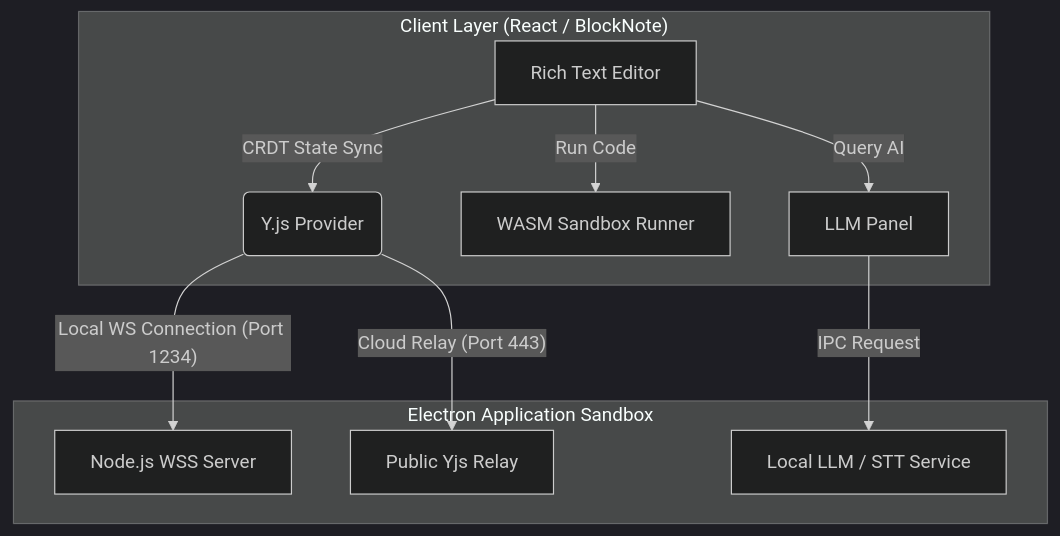
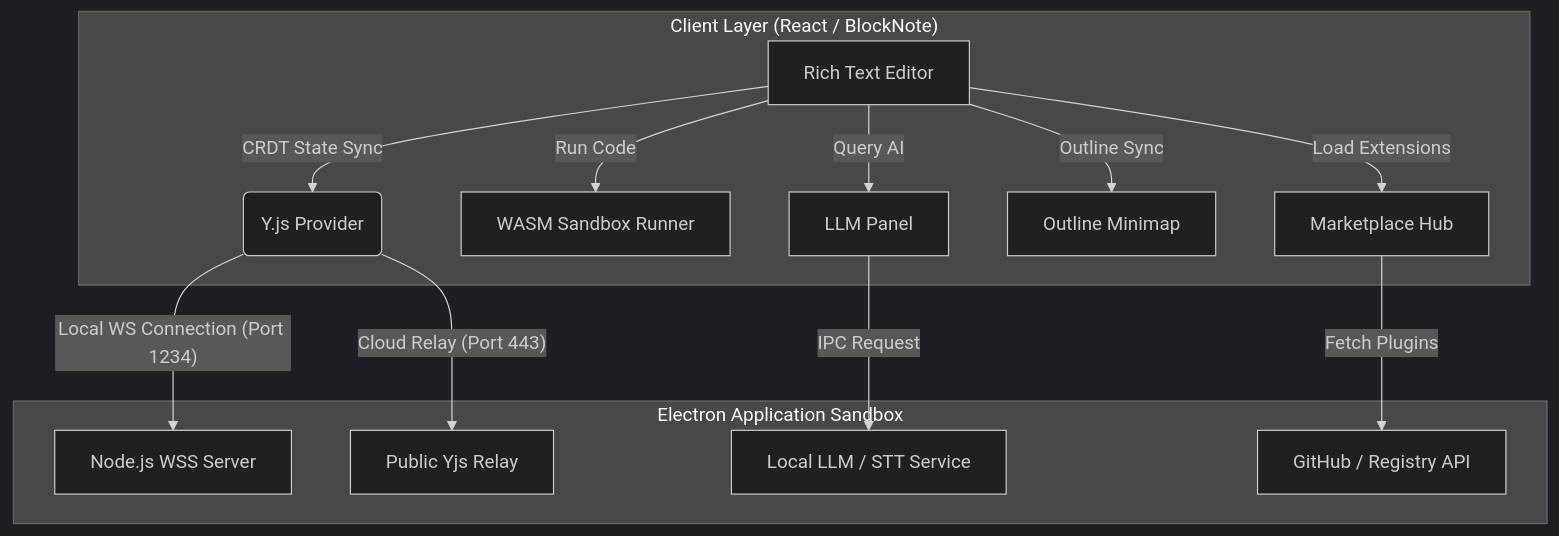
The diagram in README.md (uno-km/AMEVA-Workstation), drawn with Mermaid (dark theme) before and after one commit. The commit also changed other lines of this file, not shown here.

Commit message:
docs: update README with Marketplace, Minimap features and cleaned bold markers

````diff
--- a/README.md
+++ b/README.md
@@ -43,14 +46,17 @@
 ```mermaid
 graph TD
     subgraph "Client Layer (React / BlockNote)"
         A[Rich Text Editor] -- "CRDT State Sync" --> B(Y.js Provider)
         A -- "Run Code" --> C[WASM Sandbox Runner]
         A -- "Query AI" --> D[LLM Panel]
+        A -- "Outline Sync" --> H[Outline Minimap]
+        A -- "Load Extensions" --> I[Marketplace Hub]
     end
 
     subgraph "Electron Application Sandbox"
         B -- "Local WS Connection (Port 1234)" --> E[Node.js WSS Server]
         B -- "Cloud Relay (Port 443)" --> F[Public Yjs Relay]
         D -- "IPC Request" --> G[Local LLM / STT Service]
+        I -- "Fetch Plugins" --> J[GitHub / Registry API]
     end
 ```
````
